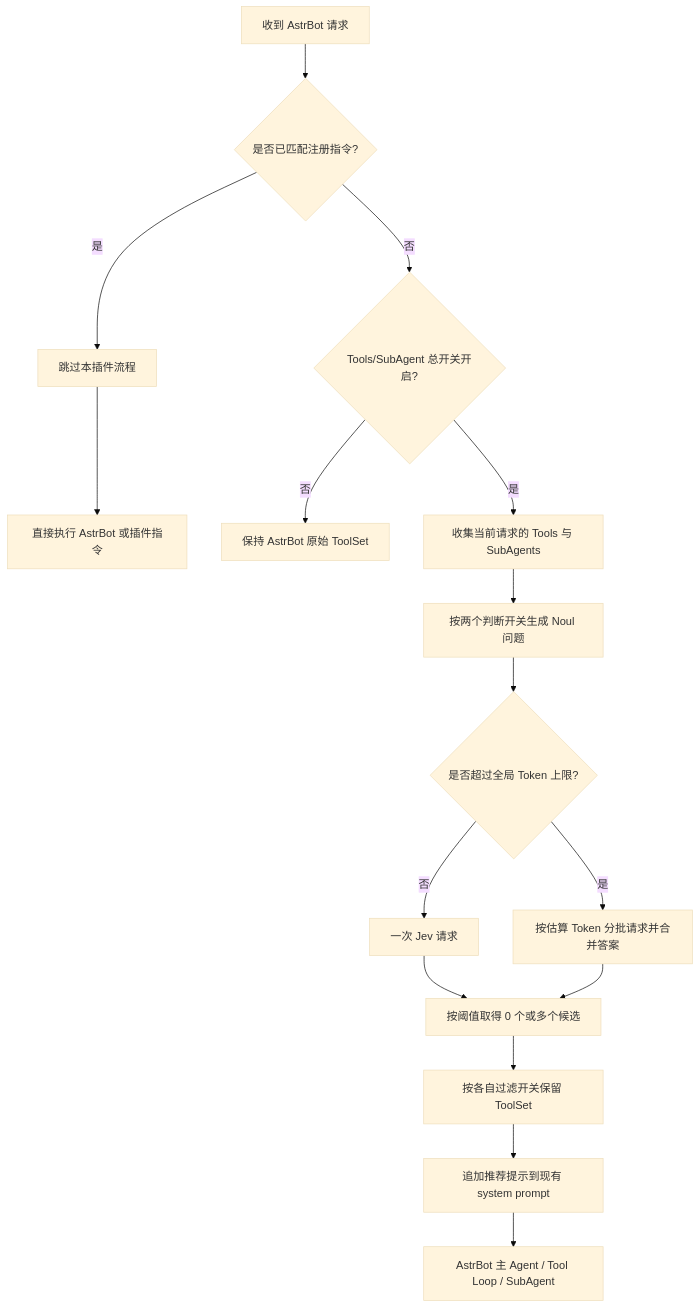
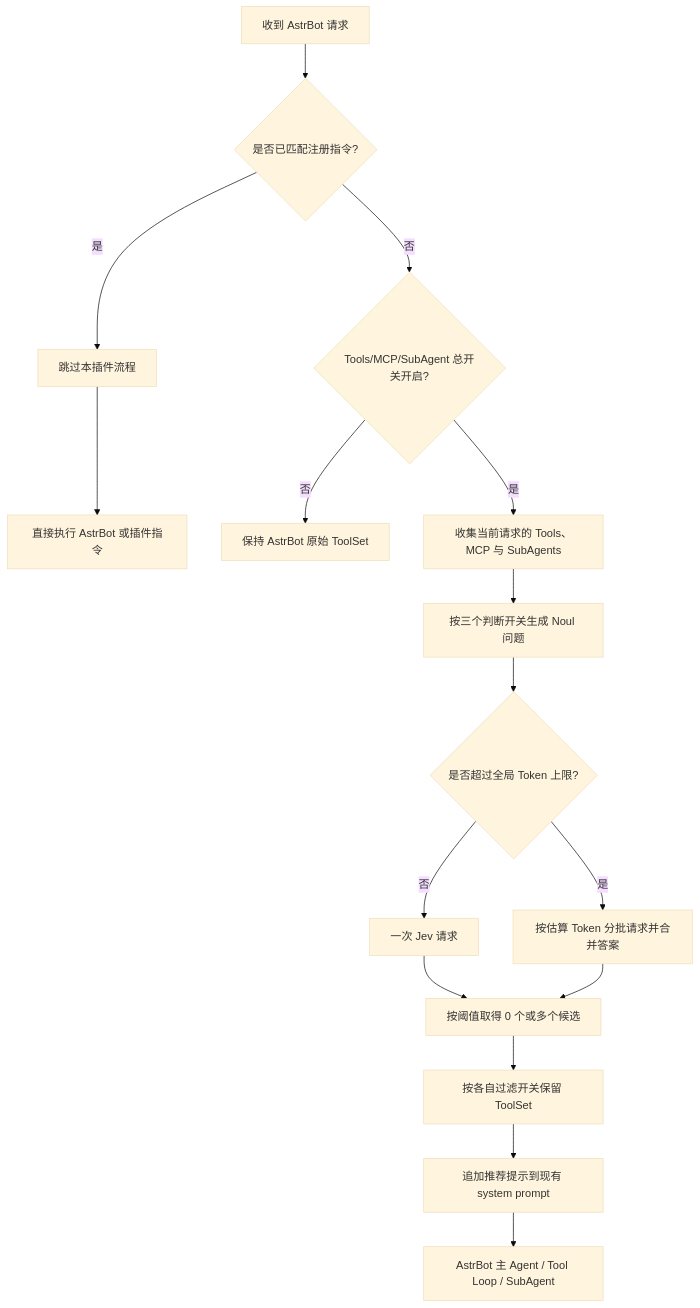
The first of 3 diagrams in README.md (yiyinfaith/astrbot_plugin_decision), drawn with Mermaid (base theme) before and after one commit. The commit also changed other lines of this file and 8 other files, not shown here.

````diff
--- a/README.md
+++ b/README.md
@@ -38,18 +39,18 @@
 ```mermaid
 flowchart TD
     A[收到 AstrBot 请求] --> B{是否已匹配注册指令?}
     B -- 是 --> C[跳过本插件流程]
     C --> D[直接执行 AstrBot 或插件指令]
-    B -- 否 --> E{Tools/SubAgent 总开关开启?}
+    B -- 否 --> E{Tools/MCP/SubAgent 总开关开启?}
     E -- 否 --> F[保持 AstrBot 原始 ToolSet]
-    E -- 是 --> G[收集当前请求的 Tools 与 SubAgents]
-    G --> H[按两个判断开关生成 Noul 问题]
+    E -- 是 --> G[收集当前请求的 Tools、MCP 与 SubAgents]
+    G --> H[按三个判断开关生成 Noul 问题]
     H --> I{是否超过全局 Token 上限?}
     I -- 否 --> J[一次 Jev 请求]
     I -- 是 --> K[按估算 Token 分批请求并合并答案]
     J --> L[按阈值取得 0 个或多个候选]
     K --> L
     L --> M[按各自过滤开关保留 ToolSet]
     M --> N[追加推荐提示到现有 system prompt]
     N --> O[AstrBot 主 Agent / Tool Loop / SubAgent]
 ```
````
